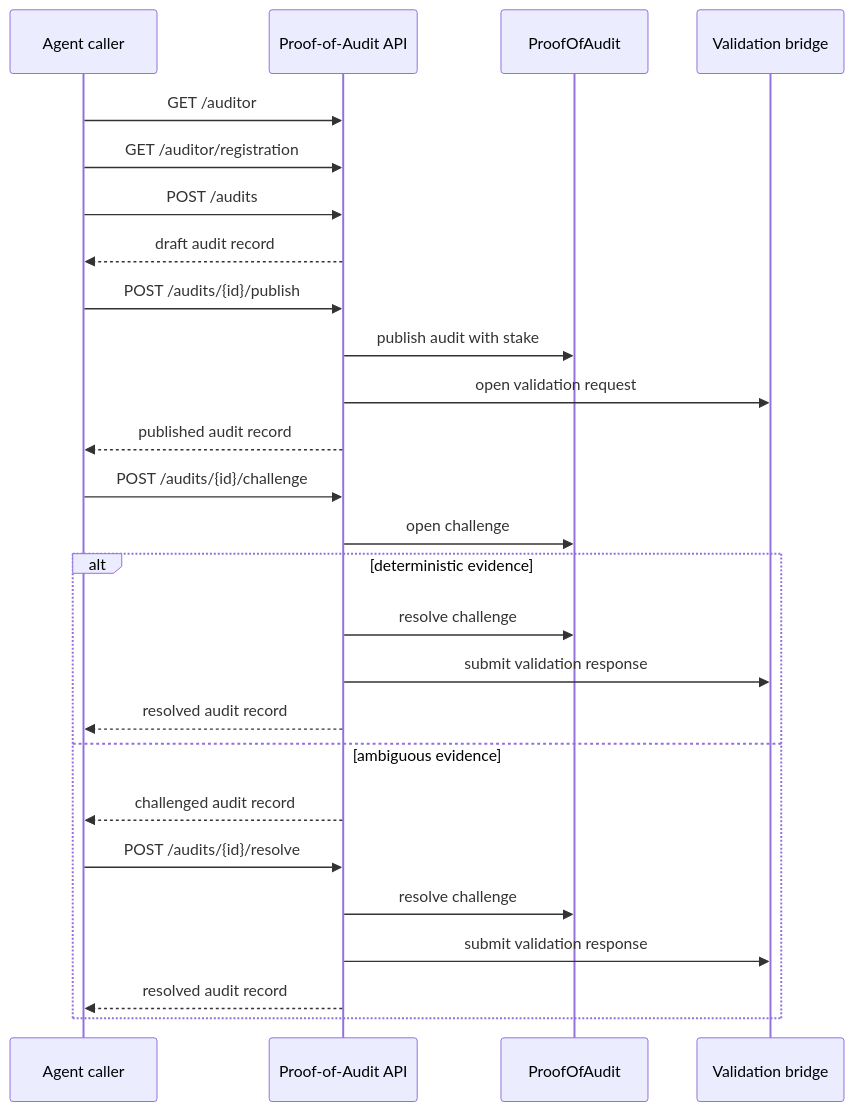
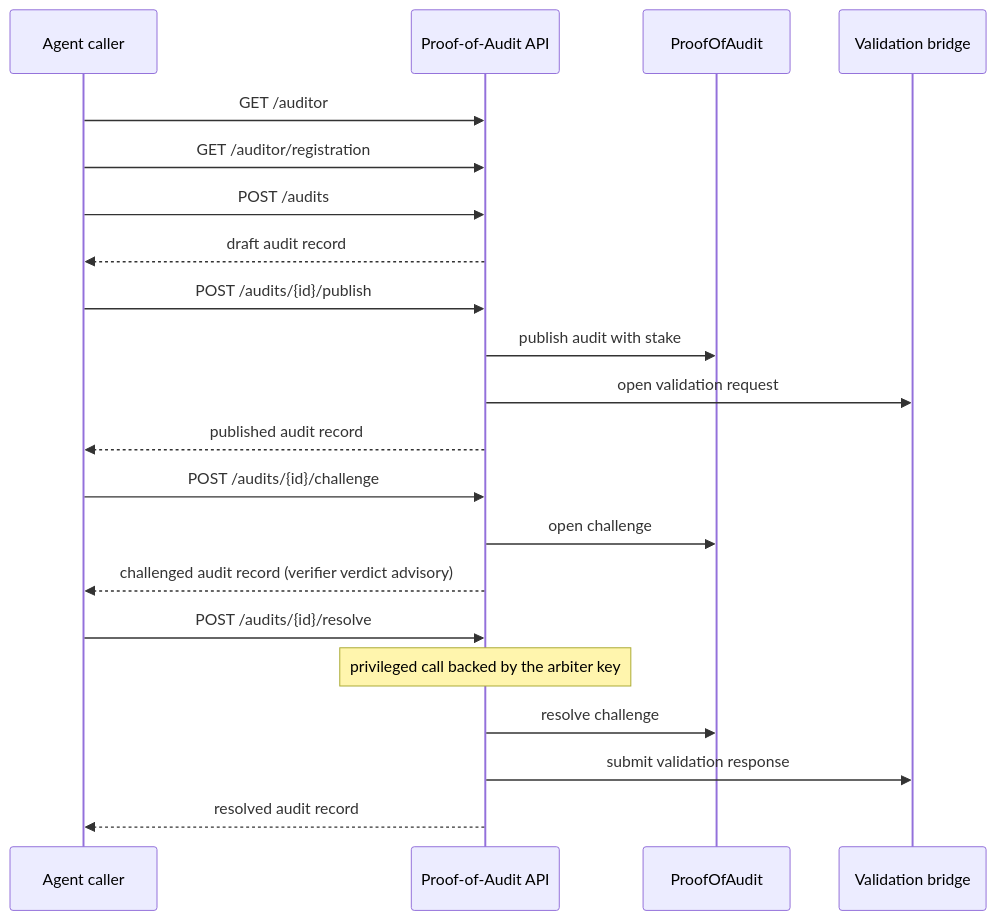
Before and after one commit to akoita/proof-of-audit: the diagram in docs/AGENT_INTERACTION_FLOW.md, drawn with Mermaid. The commit also changed other lines of this file and 15 other files, not shown here.

````diff
--- a/docs/AGENT_INTERACTION_FLOW.md
+++ b/docs/AGENT_INTERACTION_FLOW.md
@@ -7,29 +7,24 @@
 ```mermaid
 sequenceDiagram
     participant Caller as Agent caller
     participant API as Proof-of-Audit API
     participant Chain as ProofOfAudit
     participant Bridge as Validation bridge
 
     Caller->>API: GET /auditor
     Caller->>API: GET /auditor/registration
     Caller->>API: POST /audits
     API-->>Caller: draft audit record
     Caller->>API: POST /audits/{id}/publish
     API->>Chain: publish audit with stake
     API->>Bridge: open validation request
     API-->>Caller: published audit record
     Caller->>API: POST /audits/{id}/challenge
     API->>Chain: open challenge
-    alt deterministic evidence
-        API->>Chain: resolve challenge
-        API->>Bridge: submit validation response
-        API-->>Caller: resolved audit record
-    else ambiguous evidence
-        API-->>Caller: challenged audit record
-        Caller->>API: POST /audits/{id}/resolve
-        API->>Chain: resolve challenge
-        API->>Bridge: submit validation response
-        API-->>Caller: resolved audit record
-    end
+    API-->>Caller: challenged audit record (verifier verdict advisory)
+    Caller->>API: POST /audits/{id}/resolve
+    Note over API: privileged call backed by the arbiter key
+    API->>Chain: resolve challenge
+    API->>Bridge: submit validation response
+    API-->>Caller: resolved audit record
 ```
````
